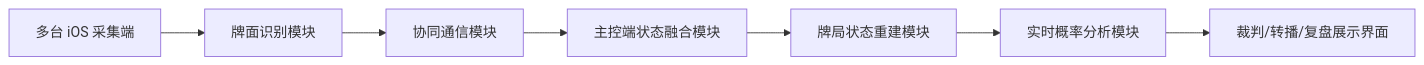
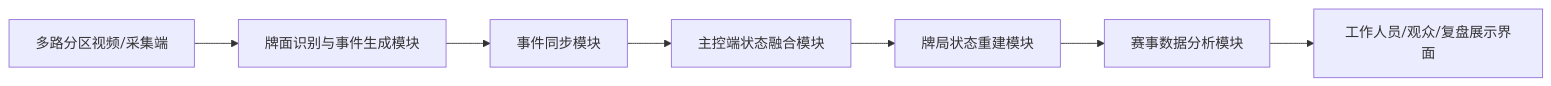
One commit to yuzhang-cao/MahjongVisionSync changed the diagram in docs/thesis-idea.md. Above: the diagram before and after it, drawn with Mermaid. The commit also changed other lines of this file and 4 other files, not shown here.

````diff
--- a/docs/thesis-idea.md
+++ b/docs/thesis-idea.md
@@ -62,9 +64,9 @@
 ```mermaid
 flowchart LR
-    A[多台 iOS 采集端] --> B[牌面识别模块]
-    B --> C[协同通信模块]
+    A[多路分区视频/采集端] --> B[牌面识别与事件生成模块]
+    B --> C[事件同步模块]
     C --> D[主控端状态融合模块]
     D --> E[牌局状态重建模块]
-    E --> F[实时概率分析模块]
-    F --> G[裁判/转播/复盘展示界面]
+    E --> F[赛事数据分析模块]
+    F --> G[工作人员/观众/复盘展示界面]
 ```
````
